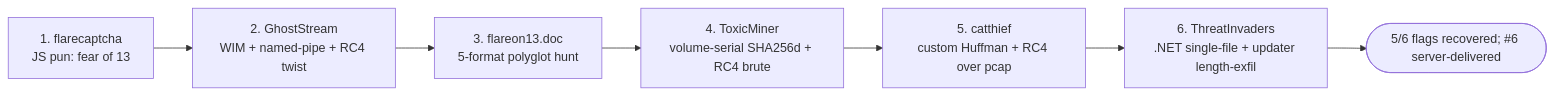
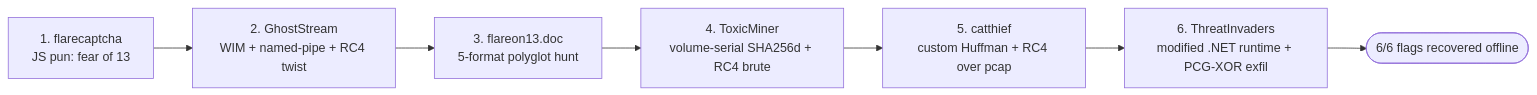
Before and after one commit to blackbeard666/flareon-13-2026-ai-writeups: the diagram in writeups/README.md, drawn with Mermaid. The commit also changed other lines of this file and 45 other files, not shown here.

First line of the commit message:
FLARE-On 13 #6 ThreatInvaders: SOLVED offline

````diff
--- a/writeups/README.md
+++ b/writeups/README.md
@@ -20,9 +20,9 @@
 ```mermaid
 flowchart LR
     C1[1. flarecaptcha<br/>JS pun: fear of 13] --> C2[2. GhostStream<br/>WIM + named-pipe + RC4 twist]
     C2 --> C3[3. flareon13.doc<br/>5-format polyglot hunt]
     C3 --> C4[4. ToxicMiner<br/>volume-serial SHA256d + RC4 brute]
     C4 --> C5[5. catthief<br/>custom Huffman + RC4 over pcap]
-    C5 --> C6[6. ThreatInvaders<br/>.NET single-file + updater length-exfil]
-    C6 --> DONE([5/6 flags recovered; #6 server-delivered])
+    C5 --> C6[6. ThreatInvaders<br/>modified .NET runtime + PCG-XOR exfil]
+    C6 --> DONE([6/6 flags recovered offline])
 ```
````
